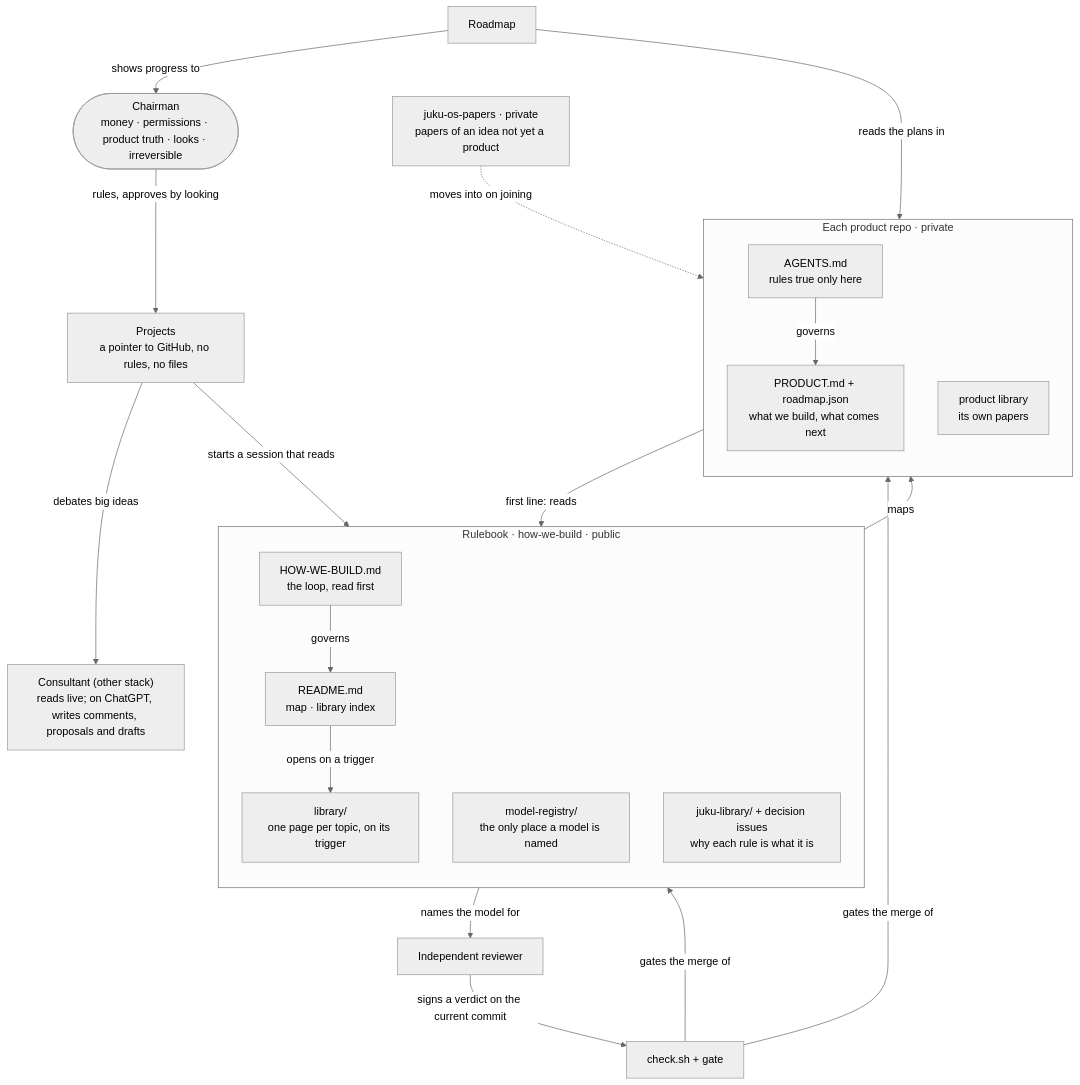
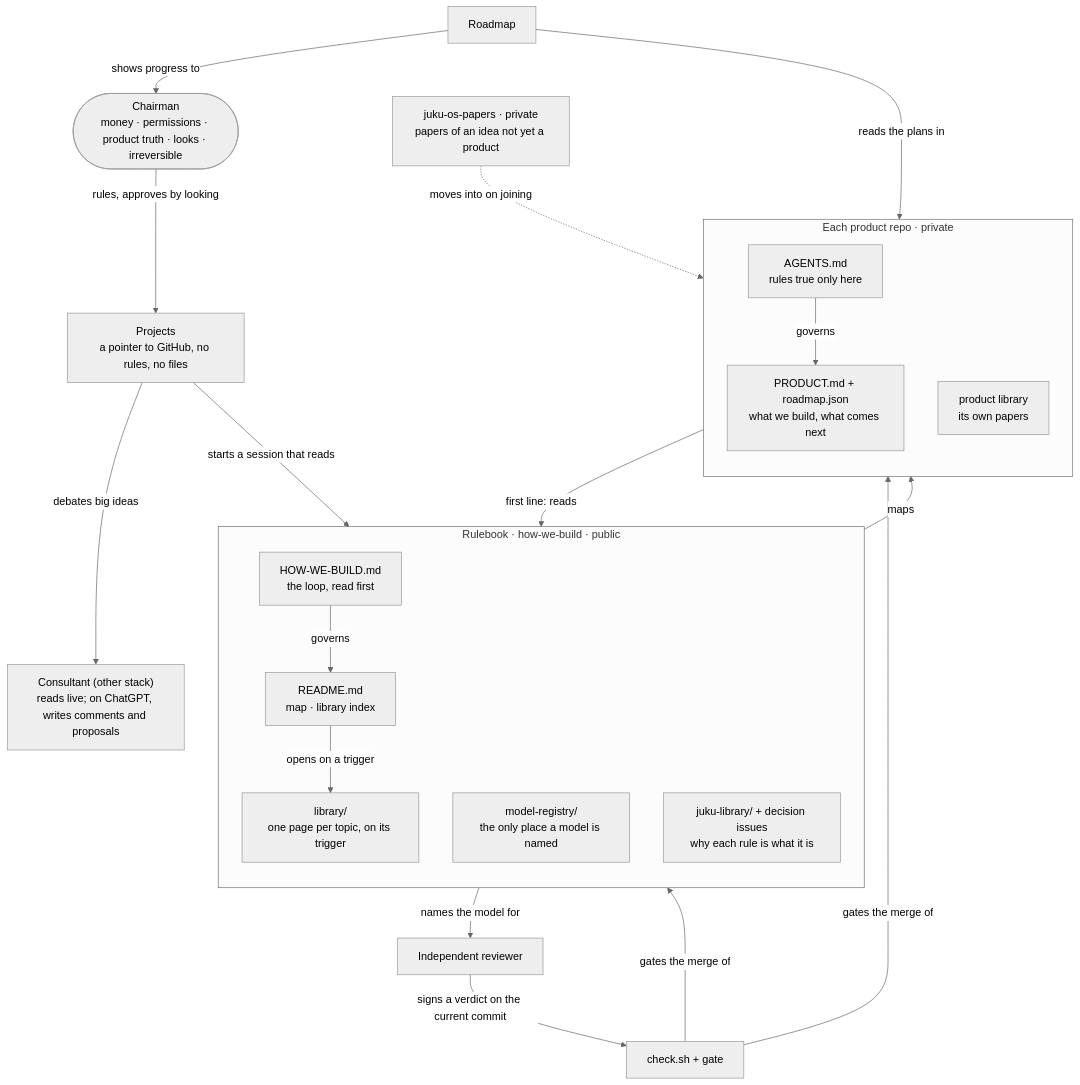
The diagram in library/system-map.md (Adonis80/how-we-build), drawn with Mermaid (neutral theme) before and after one commit. The commit also changed 2 other files, not shown here.

Commit message:
His change of direction: the consultant writes comments and issues, never a draft pull request
The Chairman, agreed with the consultant, 4 November 2026 afternoon: anything
new goes to the proposals queue as an issue (or, for one product, an issue
there, written into its roadmap as proposed by the CTO); existing work gets a
comment on its pull request; a confirmed bug goes to its owner. Only the CTO
turns an agreed proposal into a pull request. The consultant creates no
branch, commit or pull request, which also removes the branch-push route to a
repository's secrets before any read.

Claude-Session: https://claude.ai/code/session_01GUR3QbMWKV1tHsURnkaqbr

````diff
--- a/library/system-map.md
+++ b/library/system-map.md
@@ -7,39 +7,39 @@
 ```mermaid
 flowchart TB
   CH(["Chairman<br/>money · permissions · product truth · looks · irreversible"])
   PJ["Projects<br/>a pointer to GitHub, no rules, no files"]
-  CO["Consultant (other stack)<br/>reads live; on ChatGPT, writes comments, proposals and drafts"]
+  CO["Consultant (other stack)<br/>reads live; on ChatGPT, writes comments and proposals"]
   subgraph RB["Rulebook · how-we-build · public"]
     direction TB
     HWB["HOW-WE-BUILD.md<br/>the loop, read first"]
     RD["README.md<br/>map · library index"]
     LIB["library/<br/>one page per topic, on its trigger"]
     REG["model-registry/<br/>the only place a model is named"]
     JL["juku-library/ + decision issues<br/>why each rule is what it is"]
   end
   subgraph PR["Each product repo · private"]
     direction TB
     AG["AGENTS.md<br/>rules true only here"]
     PD["PRODUCT.md + roadmap.json<br/>what we build, what comes next"]
     PL["product library<br/>its own papers"]
   end
   PP["juku-os-papers · private<br/>papers of an idea not yet a product"]
   RV["Independent reviewer"]
   GT["check.sh + gate"]
   BD["Roadmap"]
   CH -- "rules, approves by looking" --> PJ
   PJ -- "debates big ideas" --> CO
   PJ -- "starts a session that reads" --> HWB
   HWB -- "governs" --> RD
   RD -- "opens on a trigger" --> LIB
   RD -- "maps" --> AG
   AG -- "first line: reads" --> HWB
   AG -- "governs" --> PD
   REG -- "names the model for" --> RV
   RV -- "signs a verdict on the current commit" --> GT
   GT -- "gates the merge of" --> PD
   GT -- "gates the merge of" --> RB
   BD -- "reads the plans in" --> PD
   BD -- "shows progress to" --> CH
   PP -. "moves into on joining" .-> PL
 ```
````
